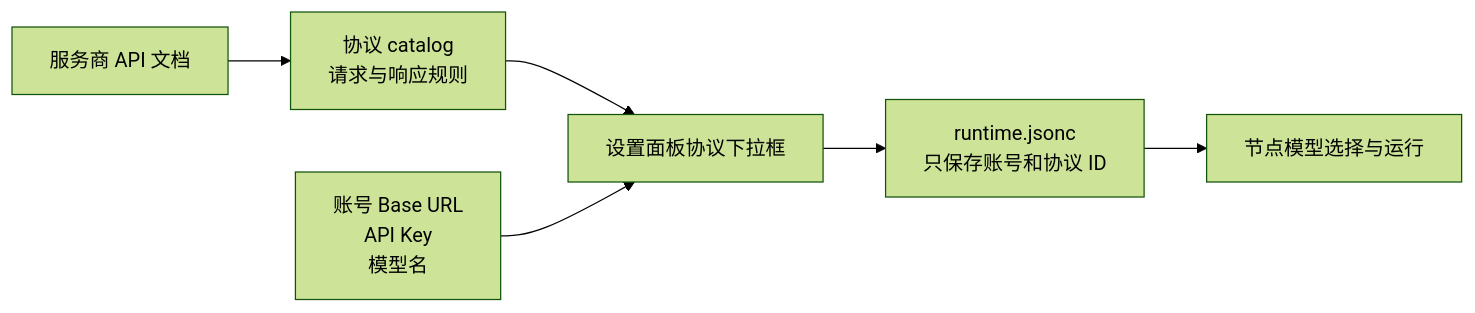
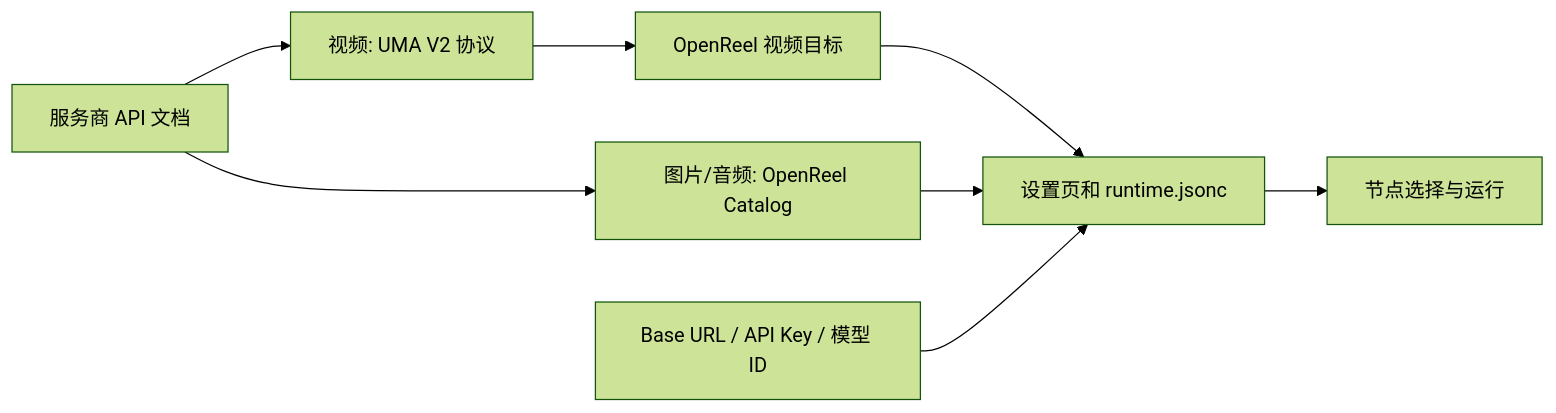
One commit to yutianxiao6/openreel-studio changed the first of 2 diagrams in docs/zh-CN/model-providers.md. Above: the diagram before and after it, drawn with Mermaid (forest theme). The commit also changed other lines of this file and 10 other files, not shown here.

````diff
--- a/docs/zh-CN/model-providers.md
+++ b/docs/zh-CN/model-providers.md
@@ -20,8 +24,10 @@
 ```mermaid
 flowchart LR
-  A[服务商 API 文档] --> B[协议 catalog<br/>请求与响应规则]
-  B --> C[设置面板协议下拉框]
-  D[账号 Base URL<br/>API Key<br/>模型名] --> C
-  C --> E[runtime.jsonc<br/>只保存账号和协议 ID]
-  E --> F[节点模型选择与运行]
+  A[服务商 API 文档] --> B[视频: UMA V2 协议]
+  A --> C[图片/音频: OpenReel Catalog]
+  B --> D[OpenReel 视频目标]
+  D --> E[设置页和 runtime.jsonc]
+  C --> E
+  F[Base URL / API Key / 模型 ID] --> E
+  E --> G[节点选择与运行]
 ```
````
